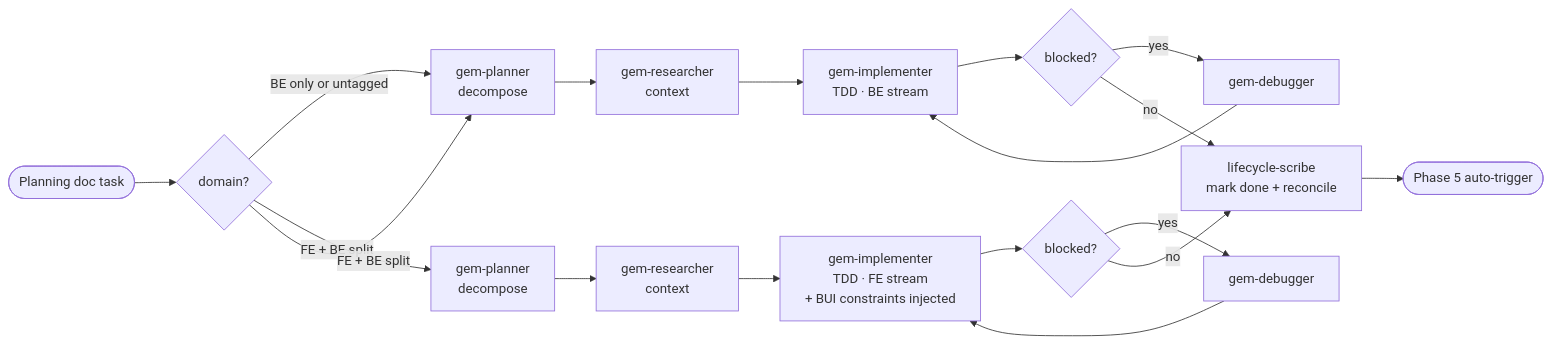
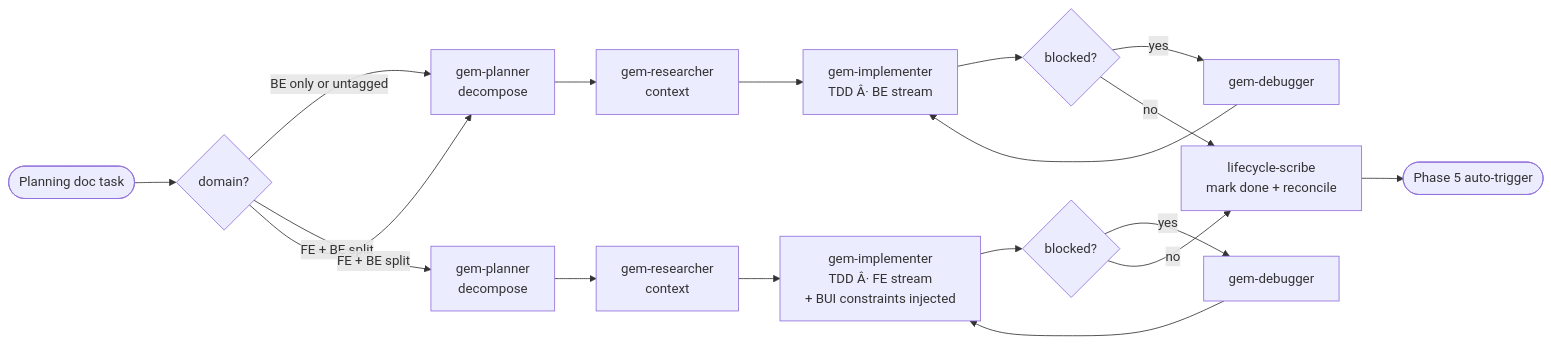
Before and after one commit to MrKimBao/dev-lifecycle-agents: the diagram in ai-workspace/dev-lifecycle/phase-4-execute-plan.md, drawn with Mermaid. The commit also changed other lines of this file and 19 other files, not shown here.

````diff
--- a/ai-workspace/dev-lifecycle/phase-4-execute-plan.md
+++ b/ai-workspace/dev-lifecycle/phase-4-execute-plan.md
@@ -36,19 +36,19 @@
 ```mermaid
 flowchart LR
     IN([Planning doc task]) --> ROUTE{domain?}
 
     ROUTE -->|BE only or untagged| A1_BE
     ROUTE -->|FE + BE split| A1_FE & A1_BE
 
-    A1_BE[gem-planner\ndecompose] --> A2_BE[gem-researcher\ncontext] --> A3_BE[gem-implementer\nTDD · BE stream]
-    A1_FE[gem-planner\ndecompose] --> A2_FE[gem-researcher\ncontext] --> A3_FE[gem-implementer\nTDD · FE stream\n+ BUI constraints injected]
+    A1_BE[gem-planner\ndecompose] --> A2_BE[gem-researcher\ncontext] --> A3_BE[gem-implementer\nTDD Â· BE stream]
+    A1_FE[gem-planner\ndecompose] --> A2_FE[gem-researcher\ncontext] --> A3_FE[gem-implementer\nTDD Â· FE stream\n+ BUI constraints injected]
 
     A3_BE --> BLOCKED_BE{blocked?}
     A3_FE --> BLOCKED_FE{blocked?}
     BLOCKED_BE -->|yes| DBG_BE[gem-debugger] --> A3_BE
     BLOCKED_FE -->|yes| DBG_FE[gem-debugger] --> A3_FE
     BLOCKED_BE -->|no| MERGE
     BLOCKED_FE -->|no| MERGE
 
     MERGE[lifecycle-scribe\nmark done + reconcile] --> OUT([Phase 5 auto-trigger])
 ```
````
